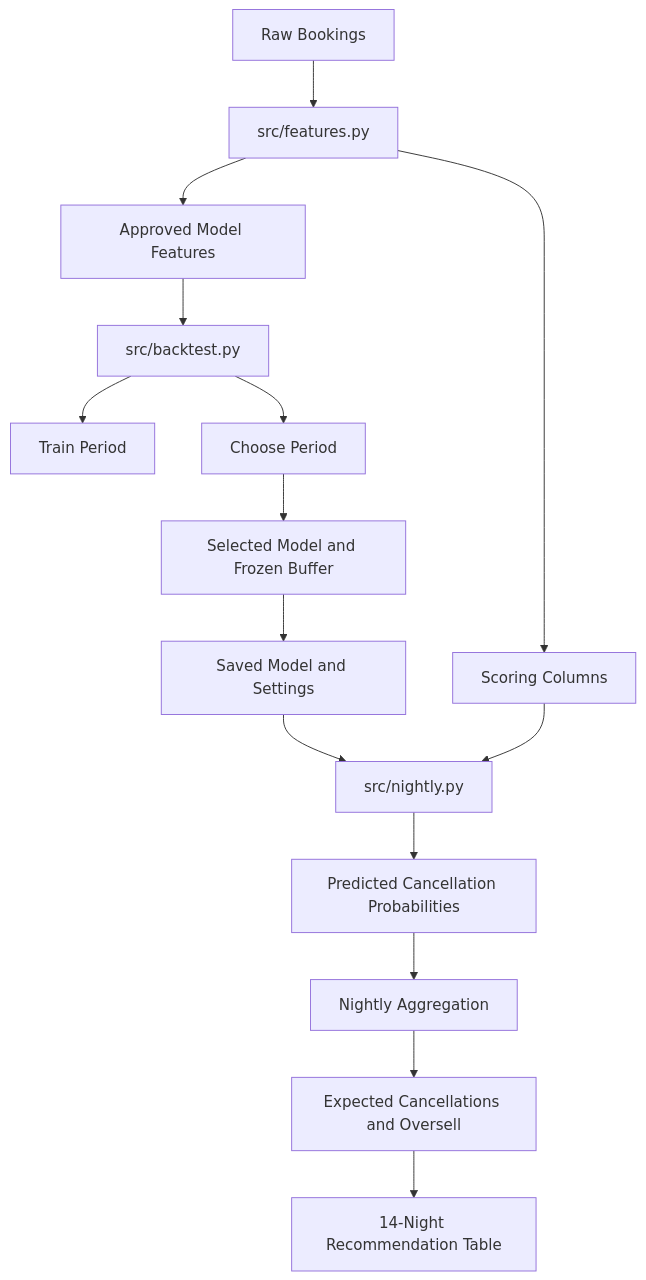
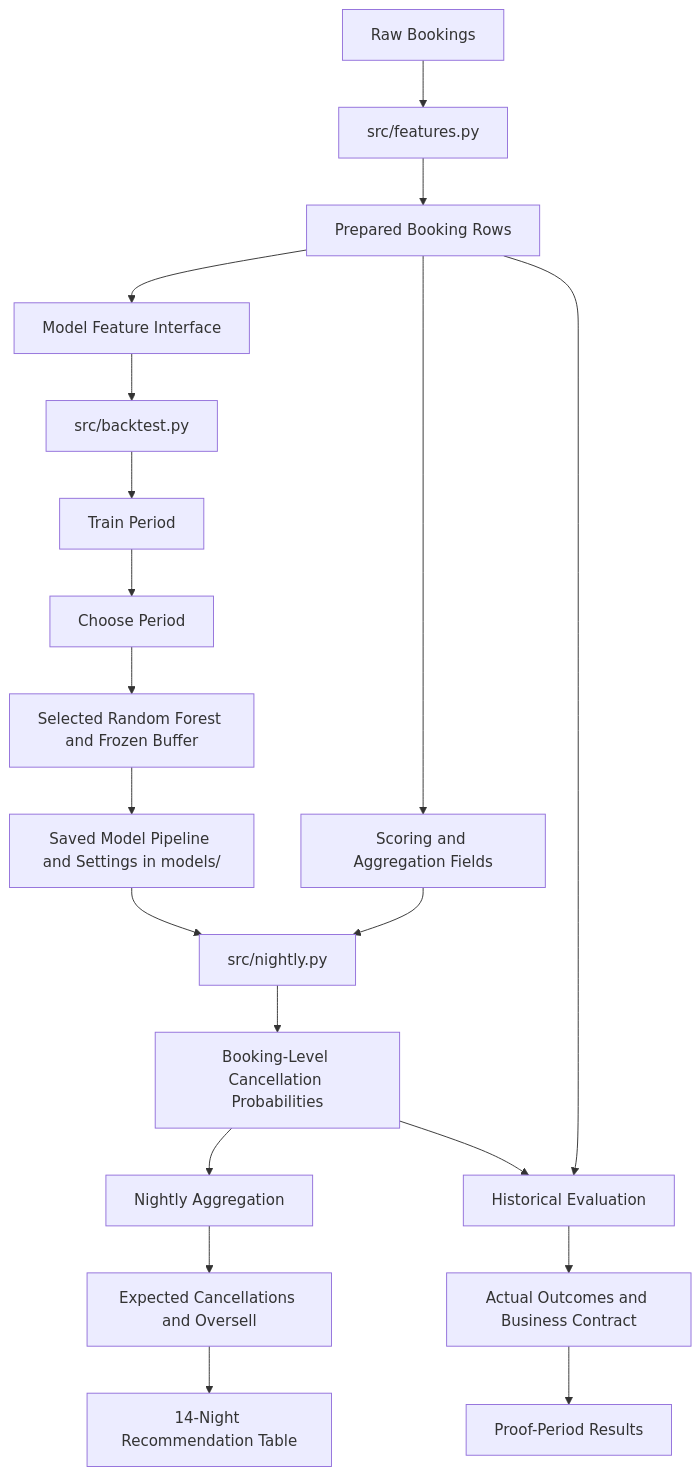
Before and after one commit to hashincludeaayush/Project_Oversell_IITGN: the second of 2 diagrams in docs/PRD.md, drawn with Mermaid. The commit also changed other lines of this file and 1 other file, not shown here.

````diff
--- a/docs/PRD.md
+++ b/docs/PRD.md
@@ -251,17 +341,23 @@
 ```mermaid
 flowchart TD
     A[Raw Bookings] --> B[src/features.py]
-    B --> C[Approved Model Features]
-    B --> D[Scoring Columns]
-    C --> E[src/backtest.py]
-    E --> F[Train Period]
-    E --> G[Choose Period]
-    G --> H[Selected Model and Frozen Buffer]
-    H --> I[Saved Model and Settings]
-    I --> J[src/nightly.py]
-    D --> J
-    J --> K[Predicted Cancellation Probabilities]
-    K --> L[Nightly Aggregation]
-    L --> M[Expected Cancellations and Oversell]
-    M --> N[14-Night Recommendation Table]
+    B --> C[Prepared Booking Rows]
+    C --> D[Model Feature Interface]
+    C --> E[Scoring and Aggregation Fields]
+    D --> F[src/backtest.py]
+    F --> G[Train Period]
+    G --> H[Choose Period]
+    H --> I[Selected Random Forest and Frozen Buffer]
+    I --> J[Saved Model Pipeline and Settings in models/]
+    J --> K[src/nightly.py]
+    E --> K
+    K --> L[Booking-Level Cancellation Probabilities]
+    L --> M[Nightly Aggregation]
+    M --> N[Expected Cancellations and Oversell]
+    N --> O[14-Night Recommendation Table]
+
+    C --> P[Historical Evaluation]
+    L --> P
+    P --> Q[Actual Outcomes and Business Contract]
+    Q --> R[Proof-Period Results]
 ```
````
